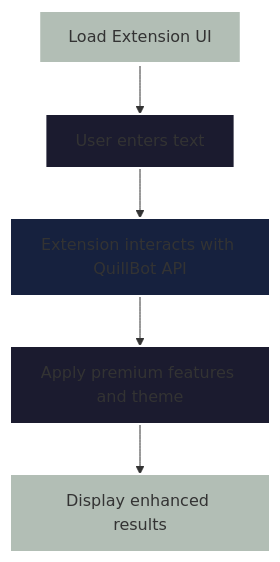
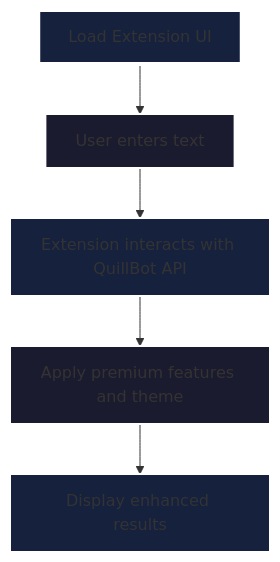
The diagram in README.md (root60/QuillBotPremiumCracker), drawn with Mermaid before and after one commit.

````diff
--- a/README.md
+++ b/README.md
@@ -69,12 +69,12 @@
 ```mermaid
 flowchart TD
     A[Load Extension UI] --> B[User enters text]
     B --> C[Extension interacts with QuillBot API]
     C --> D[Apply premium features and theme]
     D --> E[Display enhanced results]
-    style A fill:#B2BEB5,stroke:#ffffff,stroke-width:4px;
+    style A fill:#16213e,stroke:#ffffff,stroke-width:4px;
     style B fill:#1b1b2f,stroke:#ffffff,stroke-width:2px;
     style C fill:#16213e,stroke:#ffffff,stroke-width:2px;
     style D fill:#1b1b2f,stroke:#ffffff,stroke-width:2px;
-    style E fill:#B2BEB5,stroke:#ffffff,stroke-width:2px;
+    style E fill:#16213e,stroke:#ffffff,stroke-width:2px;
 ```
````
